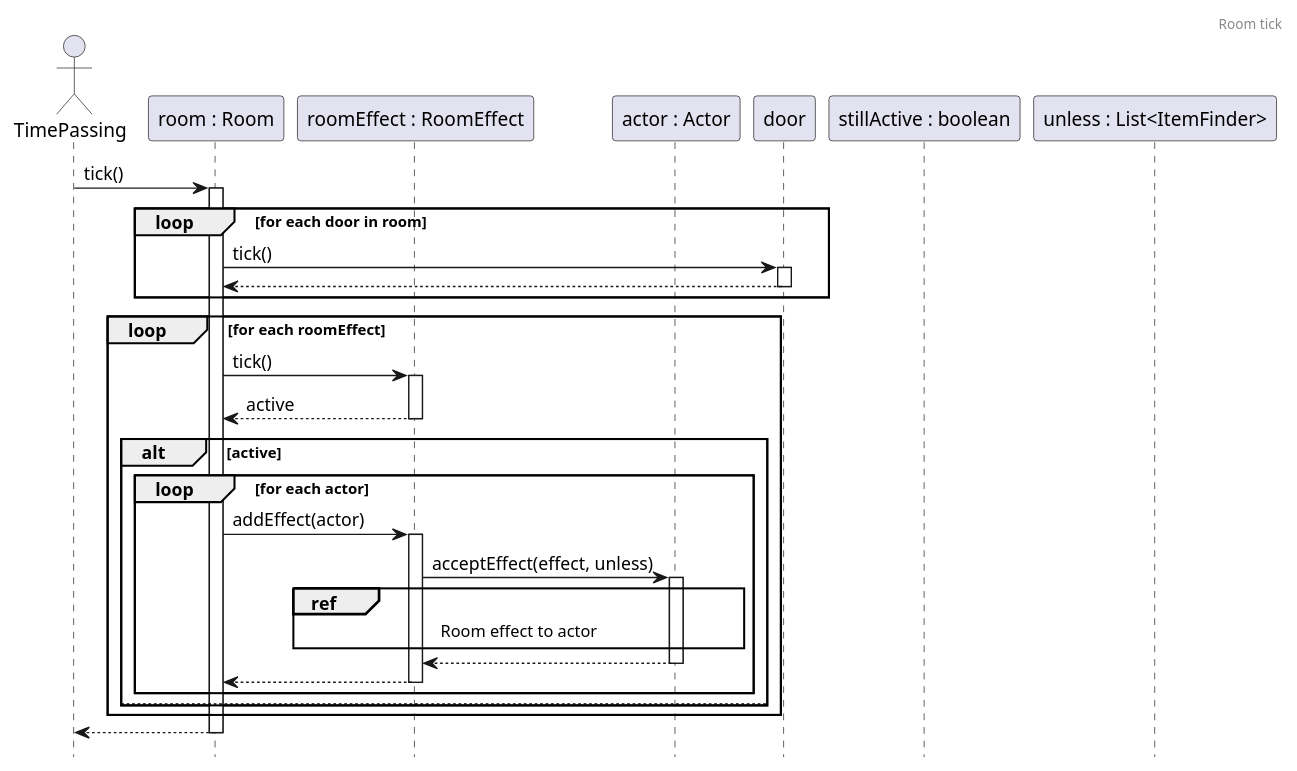
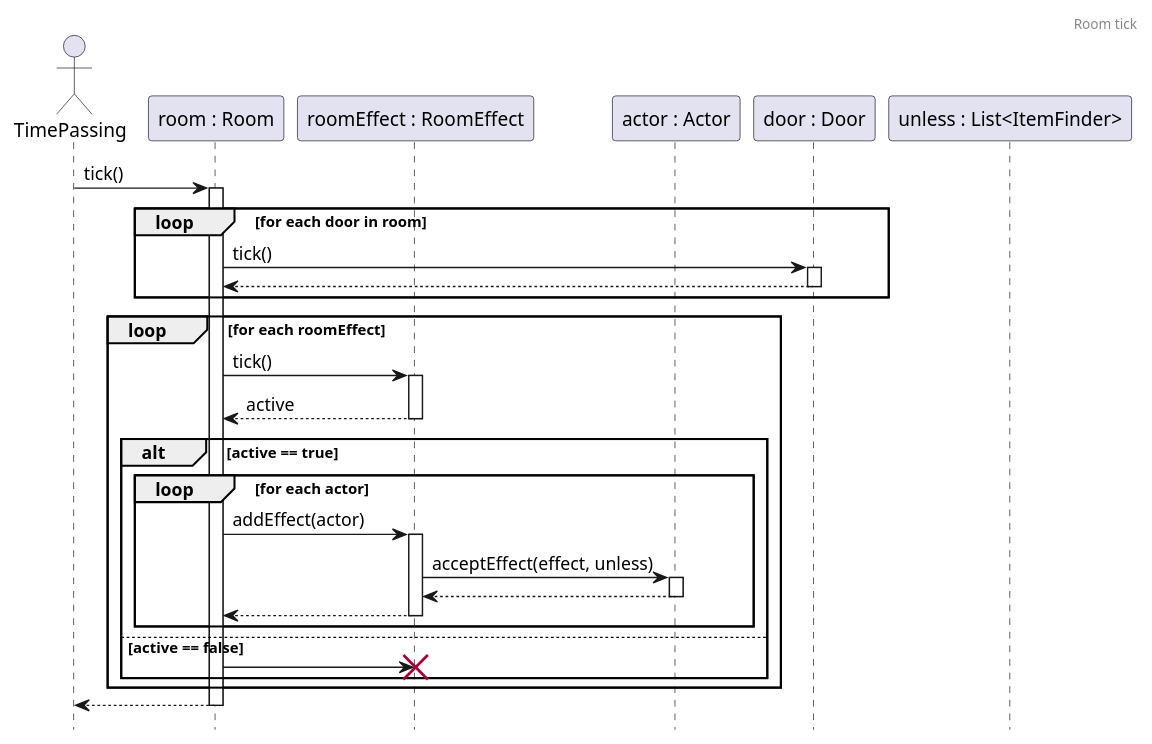
Before and after one commit to Kristof-me/Logarlec: the diagram in docs/sequence/tick/RoomTick.puml, drawn with PlantUML. The commit also changed 4 other files, not shown here.

Commit message:
Checked Sequence 25-31 Closing #92

```diff
--- a/docs/sequence/tick/RoomTick.puml
+++ b/docs/sequence/tick/RoomTick.puml
@@ -1,41 +1,38 @@
 @startuml RoomTick
 header Room tick
 hide footbox
 
 actor time as "TimePassing"
 participant room as "room : Room"
 participant effect as "roomEffect : RoomEffect"
 participant actor as "actor : Actor"
+participant door as "door : Door"
 
 time -> room ++: tick()
 loop for each door in room
     room -> door++ : tick()
     return
 end
 loop for each roomEffect
     room -> effect ++: tick()
     return active
 
-    alt active
+    alt active == true
         loop for each actor 
             room -> effect ++: addEffect(actor)
 
-            ' ennek illeszkednie kell a RoomEffectToActor/Professor/Student diagramhoz
             effect -> actor ++ : acceptEffect(effect, unless)
-            
-            ref over actor, effect 
-                Room effect to actor
-            end ref
+            ' ennek így kéne működnie, de nem így kódoltuk le ...
             
             return 
             return
         end
-    else
-        ' ide kéne, hogy eltávolítjuk az effektet, de ez belső működés
+    else active == false
+        room -> effect
+        destroy effect
     end
 end
 return
  
-participant stillActive as "stillActive : boolean"
 participant unless as "unless : List<ItemFinder>"
 @enduml
```
